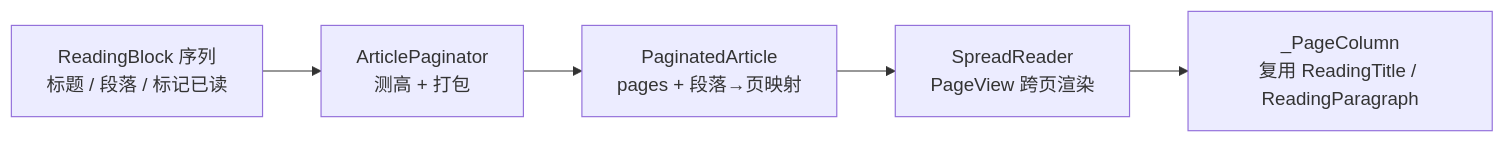
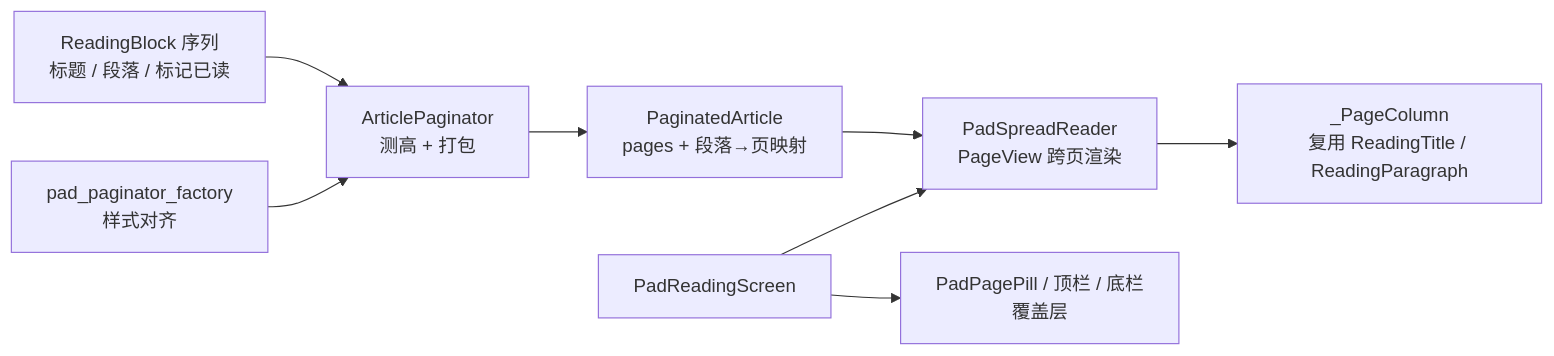
Before and after one commit to kindywu/contexta: the first of 5 diagrams in impl/app/flutter/docs/reading-spread.md, drawn with Mermaid. The commit also changed other lines of this file and 5 other files, not shown here.

````diff
--- a/impl/app/flutter/docs/reading-spread.md
+++ b/impl/app/flutter/docs/reading-spread.md
@@ -34,7 +82,10 @@
 ```mermaid
 flowchart LR
     A["ReadingBlock 序列<br/>标题 / 段落 / 标记已读"] --> B["ArticlePaginator<br/>测高 + 打包"]
     B --> C["PaginatedArticle<br/>pages + 段落→页映射"]
-    C --> D["SpreadReader<br/>PageView 跨页渲染"]
+    C --> D["PadSpreadReader<br/>PageView 跨页渲染"]
     D --> E["_PageColumn<br/>复用 ReadingTitle / ReadingParagraph"]
+    F["PadReadingScreen"] --> D
+    F --> G["PadPagePill / 顶栏 / 底栏<br/>覆盖层"]
+    H["pad_paginator_factory<br/>样式对齐"] --> B
 ```
````
